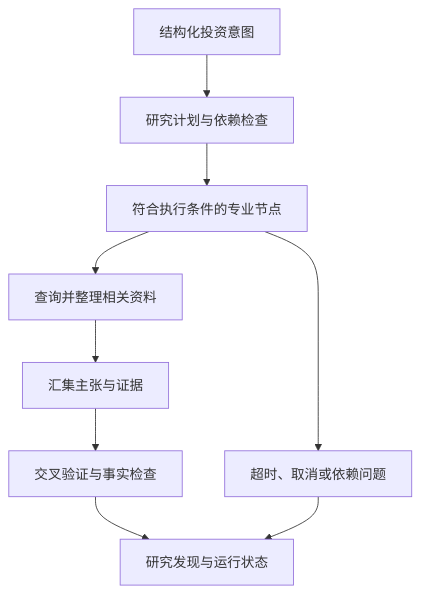
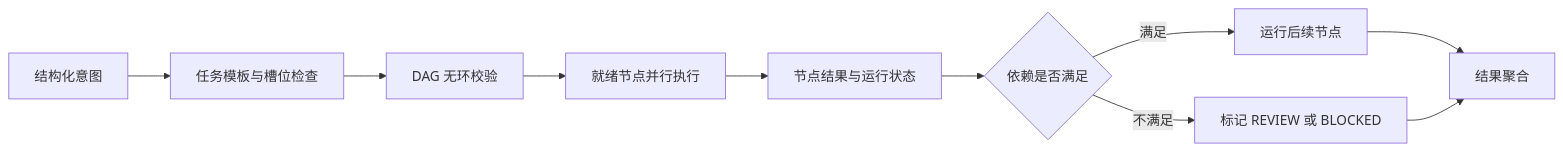
Before and after one commit to 1917173927/prism: the fourth of 6 diagrams in docs/submission/competition-technical-solution.md, drawn with Mermaid. The commit also changed other lines of this file and 2 other files, not shown here.

````diff
--- a/docs/submission/competition-technical-solution.md
+++ b/docs/submission/competition-technical-solution.md
@@ -281,11 +320,12 @@
 ```mermaid
-flowchart TD
-    A[结构化投资意图] --> B[研究计划与依赖检查]
-    B --> C[符合执行条件的专业节点]
-    C --> D[查询并整理相关资料]
-    D --> E[汇集主张与证据]
-    E --> F[交叉验证与事实检查]
-    F --> G[研究发现与运行状态]
-    C --> H[超时、取消或依赖问题]
-    H --> G
+flowchart LR
+    A[结构化意图] --> B[任务模板与槽位检查]
+    B --> C[DAG 无环校验]
+    C --> D[就绪节点并行执行]
+    D --> E[节点结果与运行状态]
+    E --> F{依赖是否满足}
+    F -->|满足| G[运行后续节点]
+    F -->|不满足| H[标记 REVIEW 或 BLOCKED]
+    G --> I[结果聚合]
+    H --> I
 ```
````
